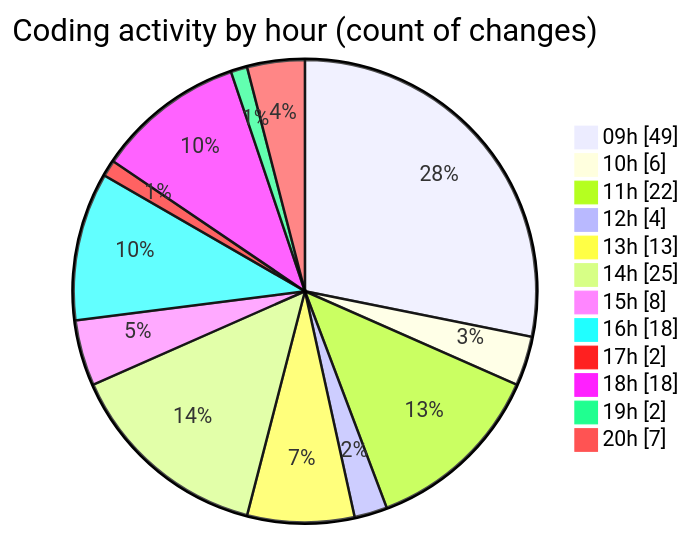
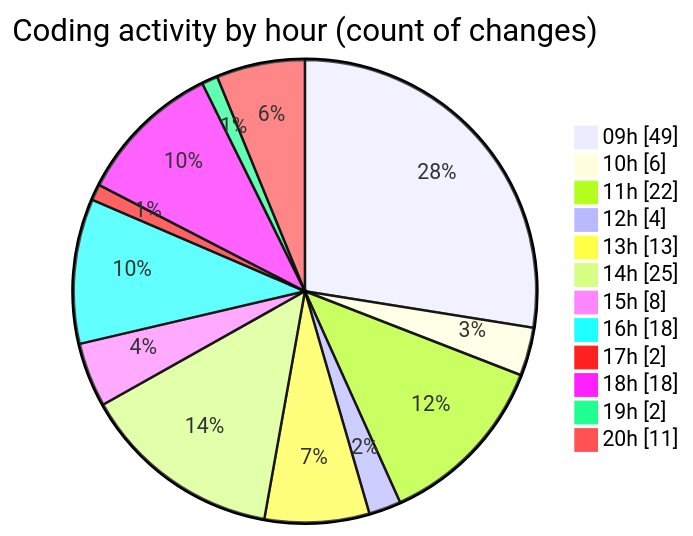
One commit to momahboobian/code-tracking changed the second of 2 diagrams in 2026-06-17/cda/README.md. Above: the diagram before and after it, drawn with Mermaid. The commit also changed other lines of this file and 1 other file, not shown here.

````diff
--- a/2026-06-17/cda/README.md
+++ b/2026-06-17/cda/README.md
@@ -71,16 +71,16 @@
 ```mermaid
 pie showData
 title Coding activity by hour (count of changes)
 "09h" : 49
 "10h" : 6
 "11h" : 22
 "12h" : 4
 "13h" : 13
 "14h" : 25
 "15h" : 8
 "16h" : 18
 "17h" : 2
 "18h" : 18
 "19h" : 2
-"20h" : 7
+"20h" : 11
 ```
````
